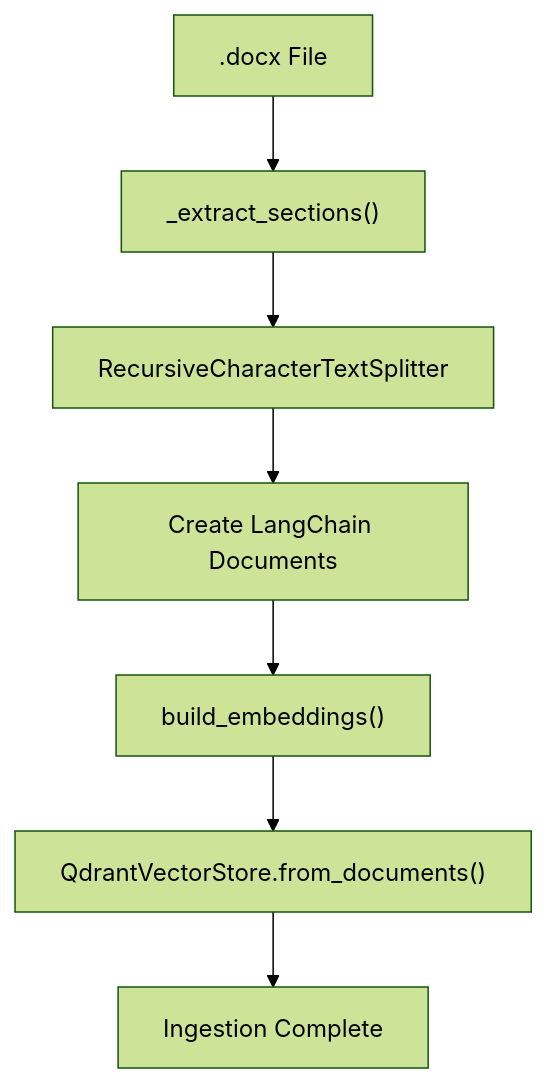
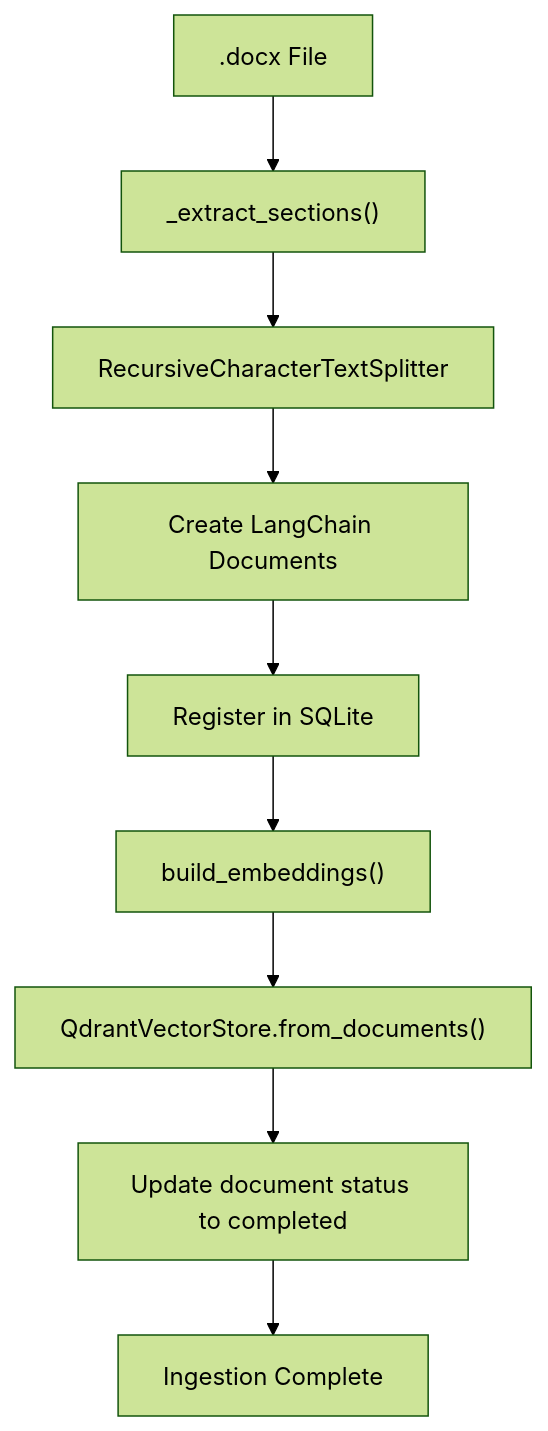
Before and after one commit to ognelis/cafetera_hr_bot: diagram 14 of 17 in .qoder/repowiki/en/content/RAG Integration.md, drawn with Mermaid (forest theme). The commit also changed other lines of this file and 9 other files, not shown here.

````diff
--- a/.qoder/repowiki/en/content/RAG Integration.md
+++ b/.qoder/repowiki/en/content/RAG Integration.md
@@ -563,9 +785,11 @@
 ```mermaid
 flowchart TD
 DocxFile[".docx File"] --> ExtractSections["_extract_sections()"]
 ExtractSections --> SplitText["RecursiveCharacterTextSplitter"]
 SplitText --> CreateDocuments["Create LangChain Documents"]
-CreateDocuments --> BuildEmbeddings["build_embeddings()"]
+CreateDocuments --> RegisterDocument["Register in SQLite"]
+RegisterDocument --> BuildEmbeddings["build_embeddings()"]
 BuildEmbeddings --> StoreQdrant["QdrantVectorStore.from_documents()"]
-StoreQdrant --> Success["Ingestion Complete"]
+StoreQdrant --> UpdateStatus["Update document status to completed"]
+UpdateStatus --> Success["Ingestion Complete"]
 ```
````
